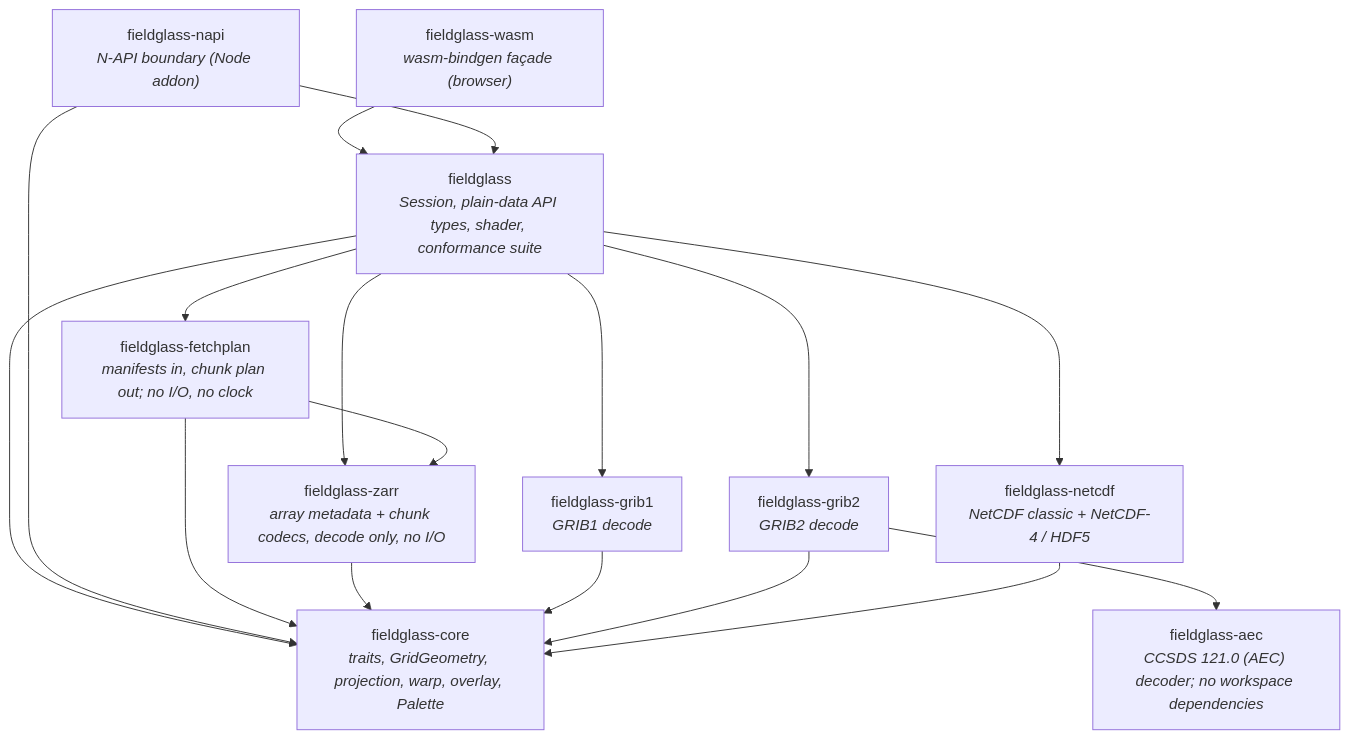
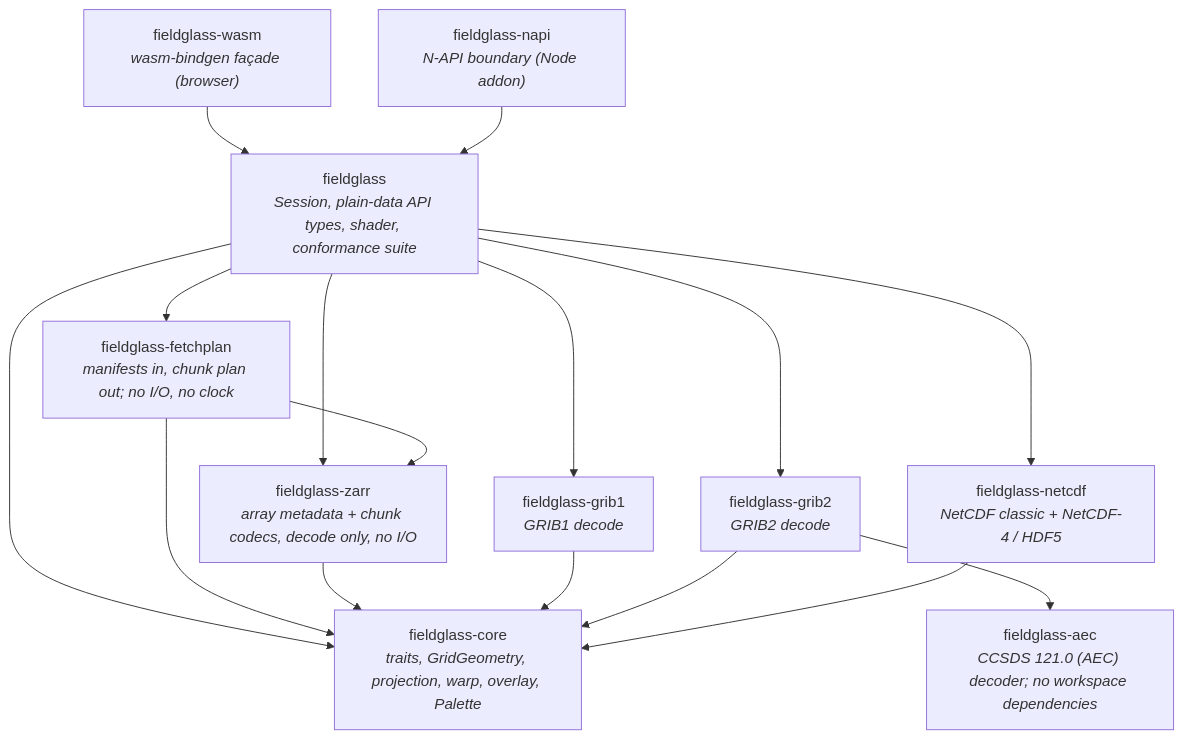
Before and after one commit to D0ubleD0uble/fieldglass: the diagram in docs/architecture/01-crates.md, drawn with Mermaid. The commit also changed other lines of this file and 16 other files, not shown here.

````diff
--- a/docs/architecture/01-crates.md
+++ b/docs/architecture/01-crates.md
@@ -17,30 +17,29 @@
 ```mermaid
 flowchart TD
     napi["fieldglass-napi<br/><i>N-API boundary (Node addon)</i>"]
     wasm["fieldglass-wasm<br/><i>wasm-bindgen façade (browser)</i>"]
     fieldglass["fieldglass<br/><i>Session, plain-data API types, shader, conformance suite</i>"]
     grib1["fieldglass-grib1<br/><i>GRIB1 decode</i>"]
     grib2["fieldglass-grib2<br/><i>GRIB2 decode</i>"]
     netcdf["fieldglass-netcdf<br/><i>NetCDF classic + NetCDF-4 / HDF5</i>"]
     core["fieldglass-core<br/><i>traits, GridGeometry, projection, warp, overlay, Palette</i>"]
     fetchplan["fieldglass-fetchplan<br/><i>manifests in, chunk plan out; no I/O, no clock</i>"]
     zarr["fieldglass-zarr<br/><i>array metadata + chunk codecs, decode only, no I/O</i>"]
     aec["fieldglass-aec<br/><i>CCSDS 121.0 (AEC) decoder; no workspace dependencies</i>"]
 
     wasm --> fieldglass
     fieldglass --> grib1
     fieldglass --> grib2
     fieldglass --> netcdf
     fieldglass --> zarr
     fieldglass --> core
     fieldglass --> fetchplan
     napi --> fieldglass
-    napi --> core
     fetchplan --> core
     fetchplan --> zarr
     zarr --> core
     grib1 --> core
     grib2 --> core
     grib2 --> aec
     netcdf --> core
 ```
````
